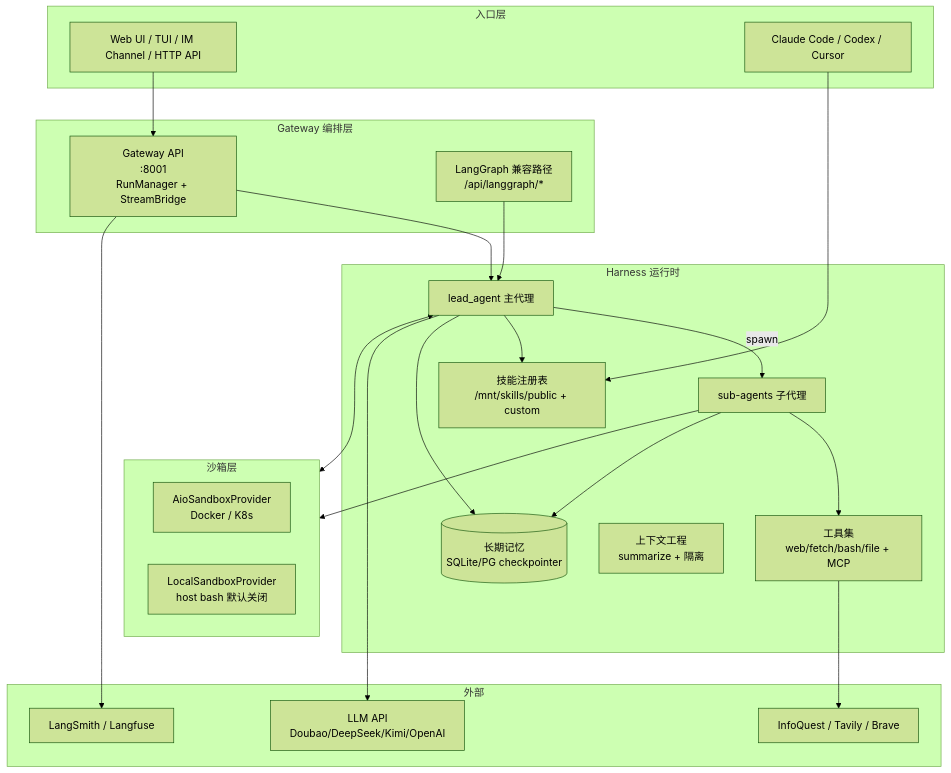
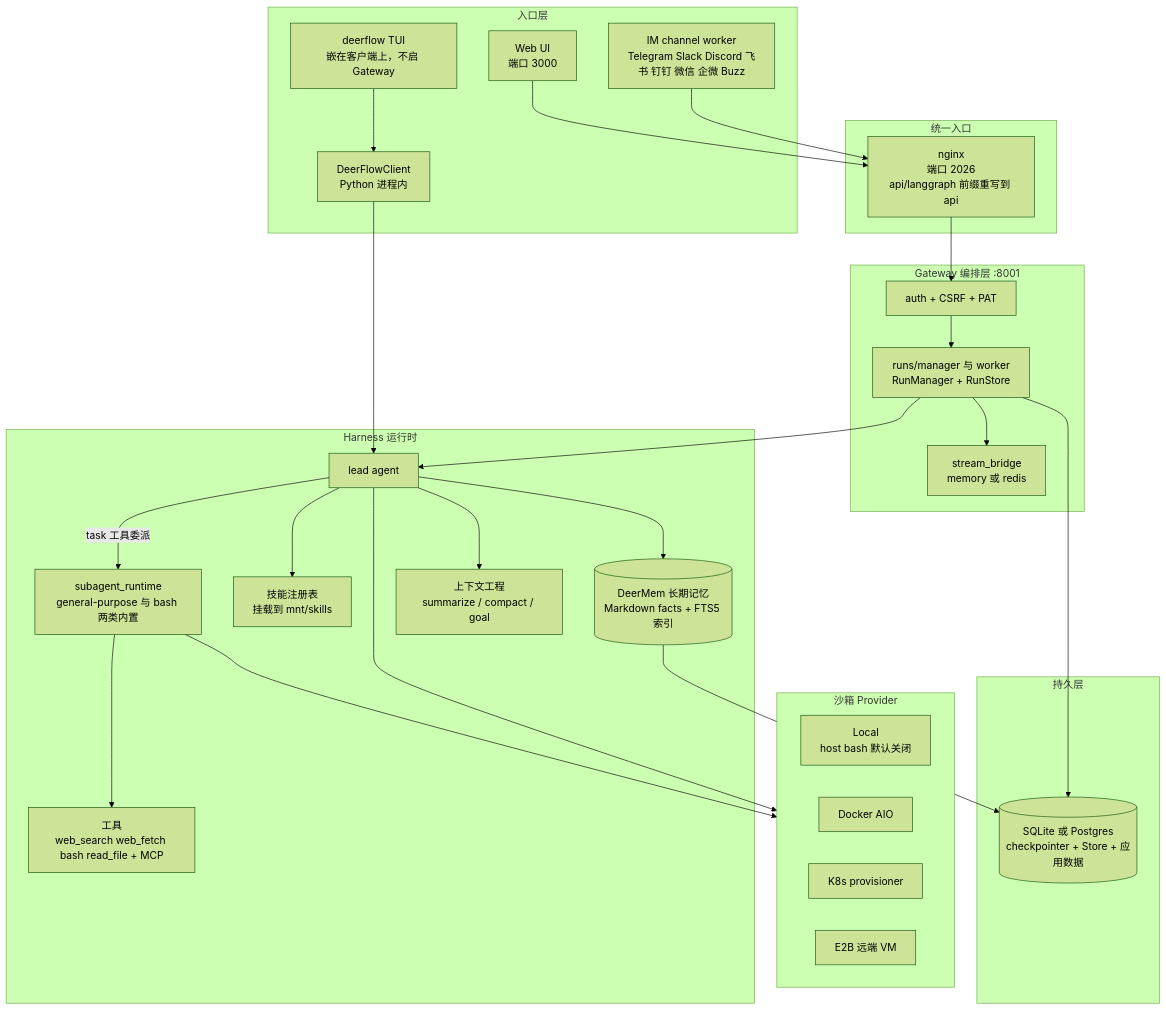
The first of 2 diagrams in content/posts/tech/bytedance-deer-flow-long-horizon-superagent-guide.md (A1pha3/text-matrix), drawn with Mermaid (forest theme) before and after one commit. The commit also changed other lines of this file and 227 other files, not shown here.

````diff
--- a/content/posts/tech/bytedance-deer-flow-long-horizon-superagent-guide.md
+++ b/content/posts/tech/bytedance-deer-flow-long-horizon-superagent-guide.md
@@ -63,47 +72,57 @@
 ```mermaid
 flowchart TB
     subgraph Entry["入口层"]
-        UI[Web UI / TUI / IM Channel / HTTP API]
-        CC[Claude Code / Codex / Cursor]
+        WEB[Web UI<br/>端口 3000]
+        EMB[DeerFlowClient<br/>Python 进程内]
+        TUI[deerflow TUI<br/>嵌在客户端上，不启 Gateway]
+        IMC[IM channel worker<br/>Telegram Slack Discord 飞书 钉钉 微信 企微 Buzz]
     end
 
-    subgraph Gateway["Gateway 编排层"]
-        GW[Gateway API<br/>:8001<br/>RunManager + StreamBridge]
-        LG[LangGraph 兼容路径<br/>/api/langgraph/*]
+    subgraph Edge["统一入口"]
+        NG[nginx<br/>端口 2026<br/>api/langgraph 前缀重写到 api]
     end
 
-    subgraph Harness["Harness 运行时"]
-        Lead[lead_agent 主代理]
-        Sub[sub-agents 子代理]
-        Skills[技能注册表<br/>/mnt/skills/public + custom]
-        Tools[工具集<br/>web/fetch/bash/file + MCP]
-        Memory[(长期记忆<br/>SQLite/PG checkpointer)]
-        Ctx[上下文工程<br/>summarize + 隔离]
+    subgraph Gwy["Gateway 编排层 :8001"]
+        RUN[runs/manager 与 worker<br/>RunManager + RunStore]
+        BR[stream_bridge<br/>memory 或 redis]
+        AU[auth + CSRF + PAT]
     end
 
-    subgraph Sandbox["沙箱层"]
-        Aio[AioSandboxProvider<br/>Docker / K8s]
-        Local[LocalSandboxProvider<br/>host bash 默认关闭]
+    subgraph Har["Harness 运行时"]
+        LEAD[lead agent]
+        SUB[subagent_runtime<br/>general-purpose 与 bash 两类内置]
+        SKL[技能注册表<br/>挂载到 mnt/skills]
+        TLS[工具<br/>web_search web_fetch bash read_file + MCP]
+        MEM[(DeerMem 长期记忆<br/>Markdown facts + FTS5 索引)]
+        CTX[上下文工程<br/>summarize / compact / goal]
     end
 
-    subgraph Ext["外部"]
-        LLM[LLM API<br/>Doubao/DeepSeek/Kimi/OpenAI]
-        Search[InfoQuest / Tavily / Brave]
-        Trace[LangSmith / Langfuse]
+    subgraph Sbx["沙箱 Provider"]
+        LOC[Local<br/>host bash 默认关闭]
+        AIO[Docker AIO]
+        PRV[K8s provisioner]
+        E2B[E2B 远端 VM]
     end
 
-    UI --> GW
-    CC --> Skills
-    GW --> Lead
-    LG --> Lead
-    Lead -->|spawn| Sub
-    Lead --> Skills
-    Lead --> Memory
-    Lead <--> Sandbox
-    Sub --> Tools
-    Sub --> Memory
-    Sub --> Sandbox
-    GW --> Trace
-    Lead --> LLM
-    Tools --> Search
+    subgraph Per["持久层"]
+        DB[(SQLite 或 Postgres<br/>checkpointer + Store + 应用数据)]
+    end
+
+    WEB --> NG
+    IMC --> NG
+    NG --> AU
+    AU --> RUN
+    TUI --> EMB
+    EMB --> LEAD
+    RUN --> LEAD
+    RUN --> BR
+    RUN --> DB
+    LEAD -->|task 工具委派| SUB
+    LEAD --> SKL
+    LEAD --> CTX
+    LEAD --> MEM
+    SUB --> TLS
+    SUB --> Sbx
+    LEAD --> Sbx
+    MEM --> DB
 ```
````
